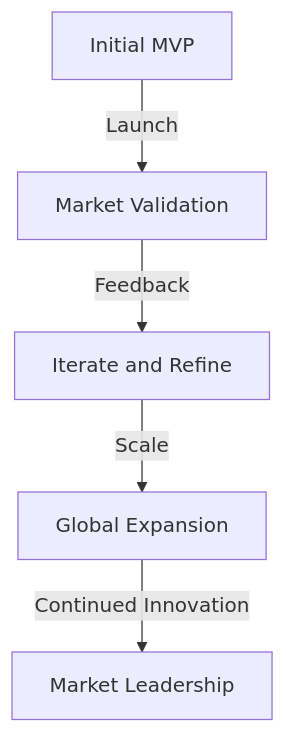
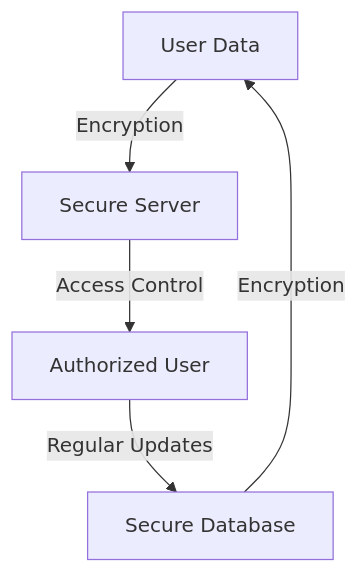
One commit to baaghinitesh/dailly-notes changed the second of 2 diagrams in docs/blogs/Common_Mistakes_in_Profitable_MVP_Development_and_How_to_Avoid_Them_Part_2.md. Above: the diagram before and after it, drawn with Mermaid. The commit also changed other lines of this file and 5 other files, not shown here.

````diff
--- a/docs/blogs/Common_Mistakes_in_Profitable_MVP_Development_and_How_to_Avoid_Them_Part_2.md
+++ b/docs/blogs/Common_Mistakes_in_Profitable_MVP_Development_and_How_to_Avoid_Them_Part_2.md
@@ -44,7 +57,7 @@
 ```mermaid
 flowchart TD
-    A[Initial MVP] -->|Launch| B[Market Validation]
-    B -->|Feedback| C[Iterate and Refine]
-    C -->|Scale| D[Global Expansion]
-    D -->|Continued Innovation| E[Market Leadership]
+    A[User Data] -->|Encryption| B[Secure Server]
+    B -->|Access Control| C[Authorized User]
+    C -->|Regular Updates| D[Secure Database]
+    D -->|Encryption| A
 ```
````
